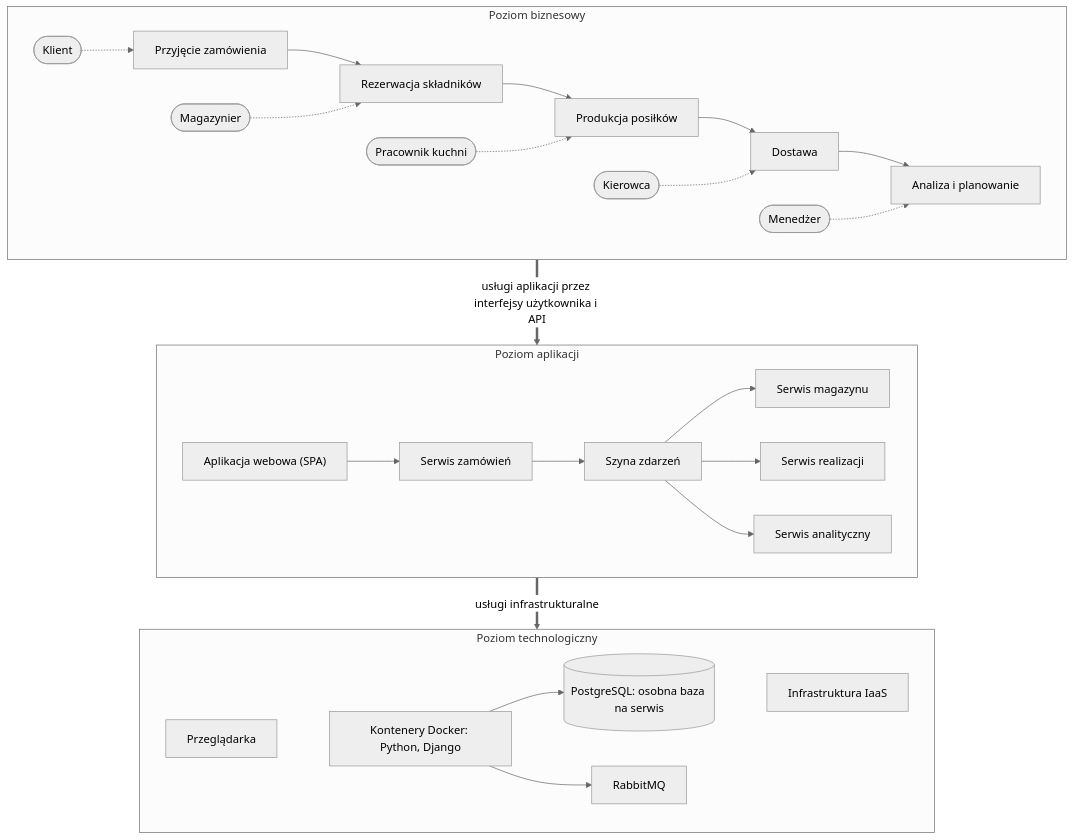
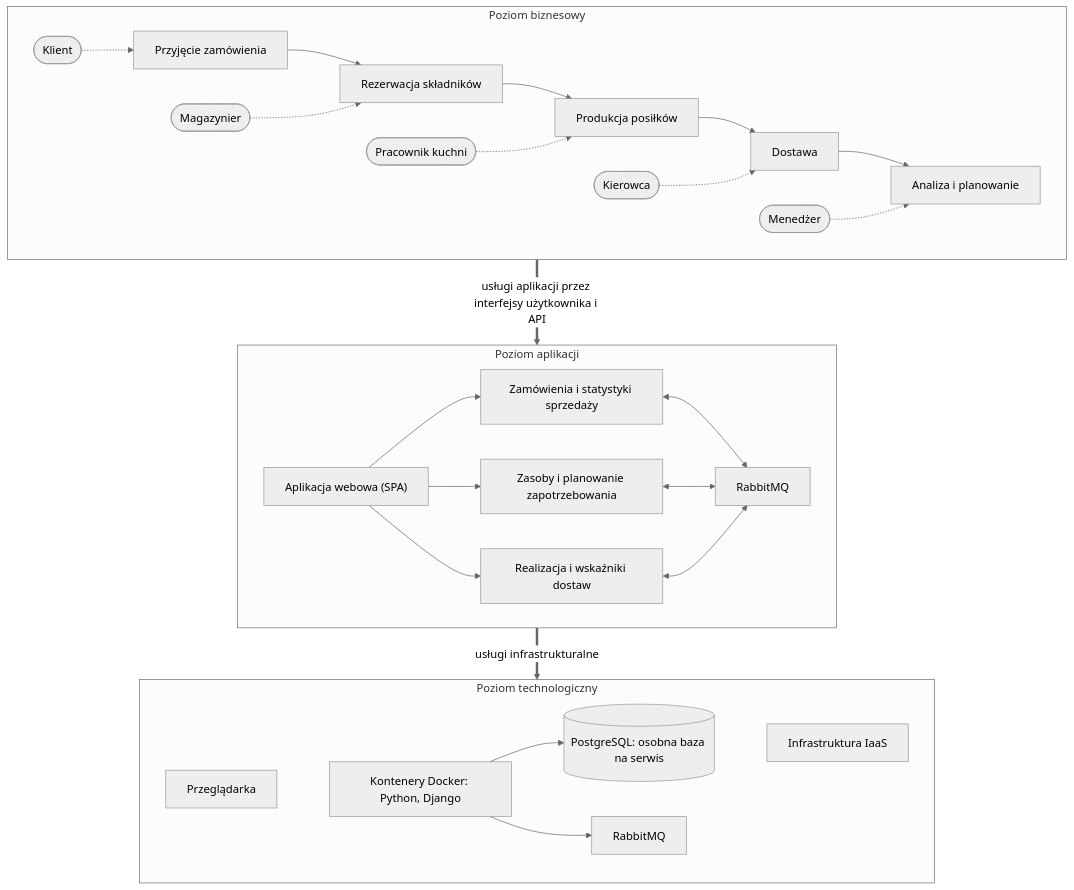
One commit to makskosciolek/catering-management-system changed the first of 6 diagrams in docs/raport/rozdzial-06-architektura.md. Above: the diagram before and after it, drawn with Mermaid (neutral theme). The commit also changed other lines of this file and 11 other files, not shown here.

````diff
--- a/docs/raport/rozdzial-06-architektura.md
+++ b/docs/raport/rozdzial-06-architektura.md
@@ -102,56 +106,56 @@
 ```mermaid
 flowchart TB
     subgraph biznes ["Poziom biznesowy"]
         direction LR
         a1(["Klient"])
         a2(["Magazynier"])
         a3(["Pracownik kuchni"])
         a4(["Kierowca"])
         a5(["Menedżer"])
         p1["Przyjęcie zamówienia"]
         p2["Rezerwacja składników"]
         p3["Produkcja posiłków"]
         p4["Dostawa"]
         p5["Analiza i planowanie"]
         p1 --> p2 --> p3 --> p4 --> p5
     end
 
     subgraph aplikacje ["Poziom aplikacji"]
         direction LR
         web["Aplikacja webowa (SPA)"]
-        orders["Serwis zamówień"]
-        inventory["Serwis magazynu"]
-        fulfillment["Serwis realizacji"]
-        analytics["Serwis analityczny"]
-        bus["Szyna zdarzeń"]
+        orders["Zamówienia i statystyki sprzedaży"]
+        inventory["Zasoby i planowanie zapotrzebowania"]
+        fulfillment["Realizacja i wskaźniki dostaw"]
+        bus["RabbitMQ"]
     end
 
     subgraph technologia ["Poziom technologiczny"]
         direction LR
         browser["Przeglądarka"]
         runtime["Kontenery Docker: Python, Django"]
         db[("PostgreSQL: osobna baza na serwis")]
         mq["RabbitMQ"]
         iaas["Infrastruktura IaaS"]
         browser ~~~ runtime
         db ~~~ iaas
     end
 
     a1 -.-> p1
     a2 -.-> p2
     a3 -.-> p3
     a4 -.-> p4
     a5 -.-> p5
 
     web --> orders
-    orders --> bus
-    bus --> inventory
-    bus --> fulfillment
-    bus --> analytics
+    web --> inventory
+    web --> fulfillment
+    orders <--> bus
+    inventory <--> bus
+    fulfillment <--> bus
 
     runtime --> db
     runtime --> mq
 
     biznes == "usługi aplikacji przez interfejsy użytkownika i API" ==> aplikacje
     aplikacje == "usługi infrastrukturalne" ==> technologia
 ```
````
